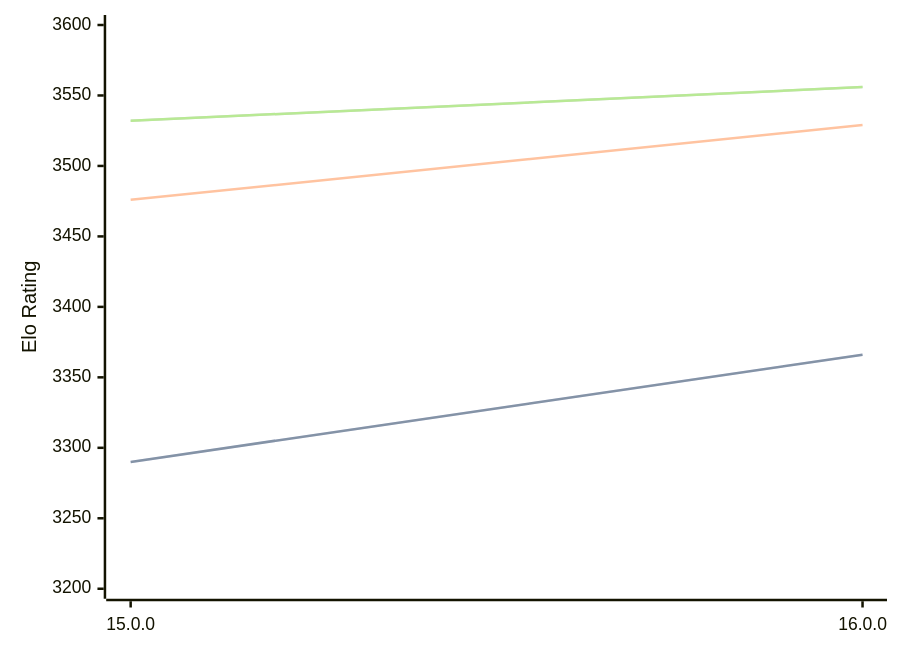
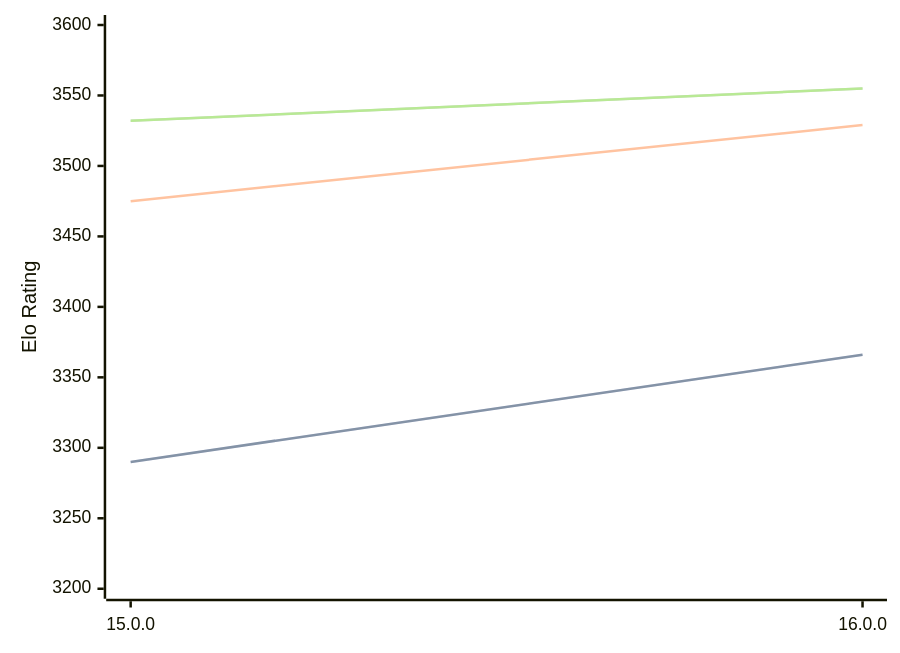
The diagram in engines/Halogen.md (computer-chess-index/cci), drawn with Mermaid before and after one commit. The commit also changed other lines of this file, not shown here.

Commit message:
Update CCI Ratings (ELO VLTC) - 2026-09-11

````diff
--- a/engines/Halogen.md
+++ b/engines/Halogen.md
@@ -32,11 +32,11 @@
 ```mermaid
 %%{init: {"theme":"base","themeVariables":{"seriesColors:['#a3a3a3','#222221','#faa371']}}}%%
 xychart-beta
   x-axis ["15.0.0", "16.0.0"]
   y-axis "Elo Rating" 3200 --> 3600
   line "" [3290, 3366]
   line "STC (8.0+0.08s)" [3290, 3366]
-  line "LTC (60.0+0.60s)" [3476, 3529]
-  line "" [3532, 3556]
-  line "VLTC (2m24s+1.12s)" [3532, 3556]
+  line "LTC (60.0+0.60s)" [3475, 3529]
+  line "" [3532, 3555]
+  line "VLTC (2m24s+1.12s)" [3532, 3555]
 ```
````
